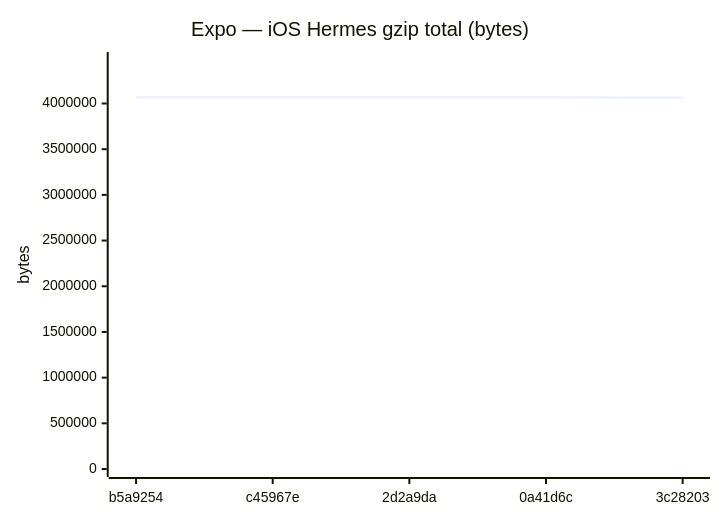
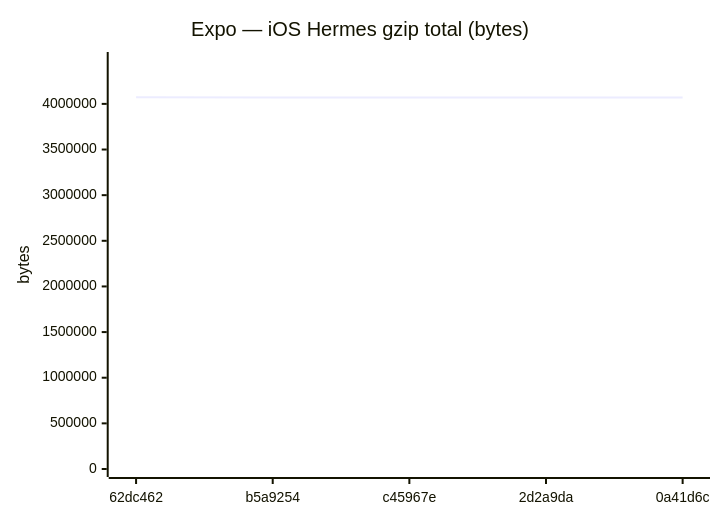
One commit to Metaheurist/Rianell changed diagram 12 of 18 in benchmarks/compare.md. Above: the diagram before and after it, drawn with Mermaid. The commit also changed other lines of this file and 11 other files, not shown here.

````diff
--- a/benchmarks/compare.md
+++ b/benchmarks/compare.md
@@ -179,7 +179,7 @@
 ```mermaid
 xychart-beta
     title "Expo — iOS Hermes gzip total (bytes)"
-    x-axis ["b5a9254", "c45967e", "2d2a9da", "0a41d6c", "3c28203"]
-    y-axis "bytes" 0 --> 4476025
-    line [4069109, 4069113, 4069106, 4069107, 4065403]
+    x-axis ["62dc462", "b5a9254", "c45967e", "2d2a9da", "0a41d6c"]
+    y-axis "bytes" 0 --> 4480788
+    line [4073443, 4069109, 4069113, 4069106, 4069107]
 ```
````
